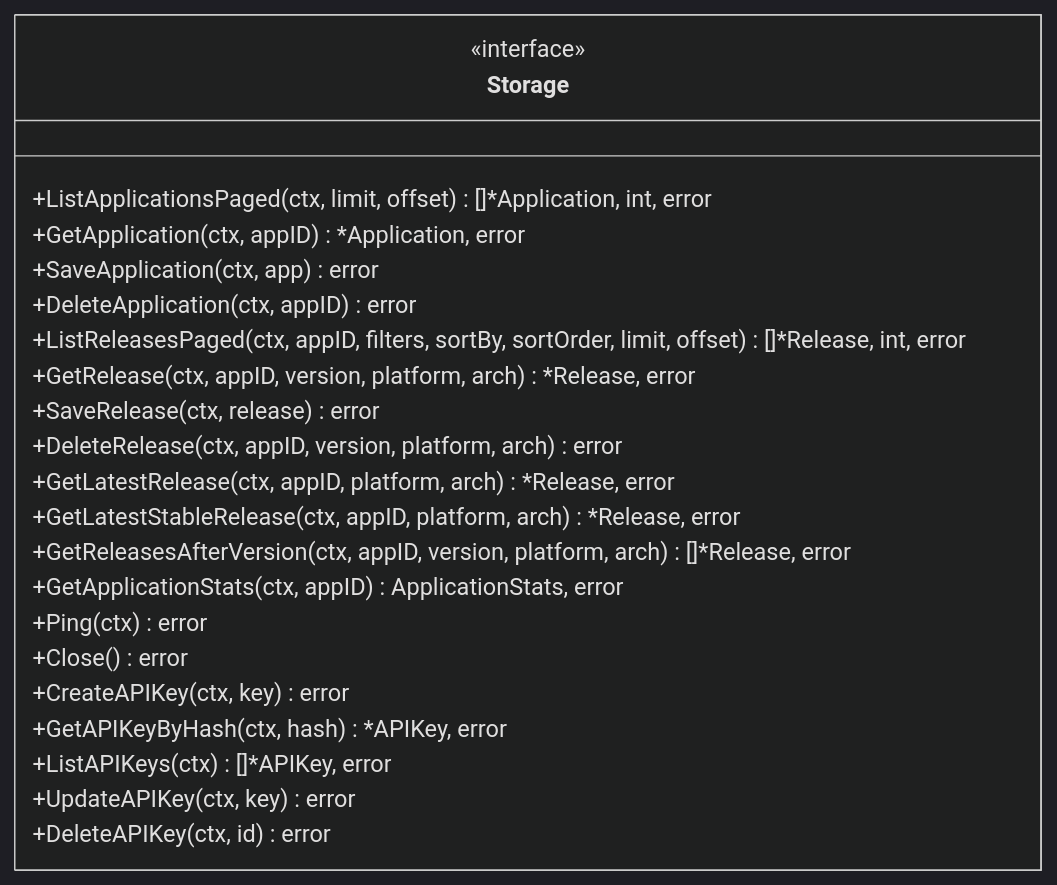
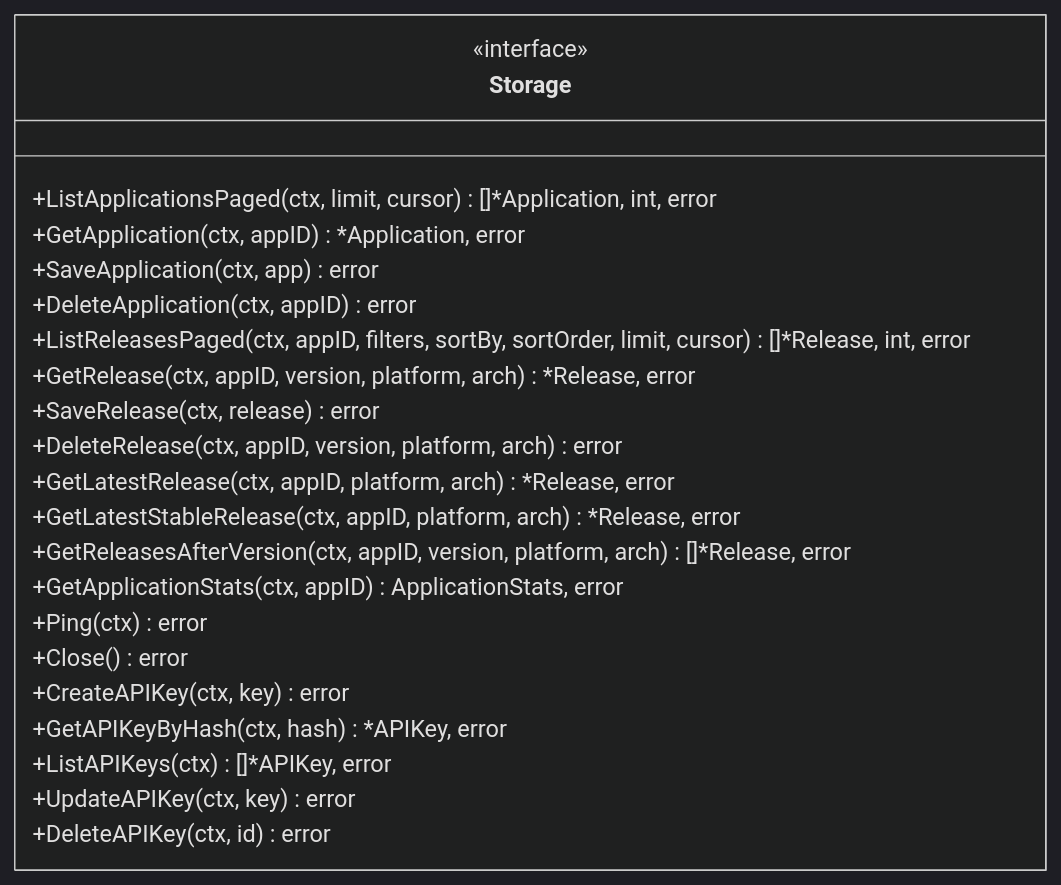
Before and after one commit to griffinskudder/updater: the second of 3 diagrams in docs/storage.md, drawn with Mermaid (dark theme). The commit also changed other lines of this file and 42 other files, not shown here.

First line of the commit message:
feat: replace offset pagination with keyset cursor pagination (#40) (#42)

````diff
--- a/docs/storage.md
+++ b/docs/storage.md
@@ -35,25 +35,25 @@
 ```mermaid
 classDiagram
     class Storage {
         <<interface>>
-        +ListApplicationsPaged(ctx, limit, offset) []*Application, int, error
+        +ListApplicationsPaged(ctx, limit, cursor) []*Application, int, error
         +GetApplication(ctx, appID) *Application, error
         +SaveApplication(ctx, app) error
         +DeleteApplication(ctx, appID) error
-        +ListReleasesPaged(ctx, appID, filters, sortBy, sortOrder, limit, offset) []*Release, int, error
+        +ListReleasesPaged(ctx, appID, filters, sortBy, sortOrder, limit, cursor) []*Release, int, error
         +GetRelease(ctx, appID, version, platform, arch) *Release, error
         +SaveRelease(ctx, release) error
         +DeleteRelease(ctx, appID, version, platform, arch) error
         +GetLatestRelease(ctx, appID, platform, arch) *Release, error
         +GetLatestStableRelease(ctx, appID, platform, arch) *Release, error
         +GetReleasesAfterVersion(ctx, appID, version, platform, arch) []*Release, error
         +GetApplicationStats(ctx, appID) ApplicationStats, error
         +Ping(ctx) error
         +Close() error
         +CreateAPIKey(ctx, key) error
         +GetAPIKeyByHash(ctx, hash) *APIKey, error
         +ListAPIKeys(ctx) []*APIKey, error
         +UpdateAPIKey(ctx, key) error
         +DeleteAPIKey(ctx, id) error
     }
 ```
````
